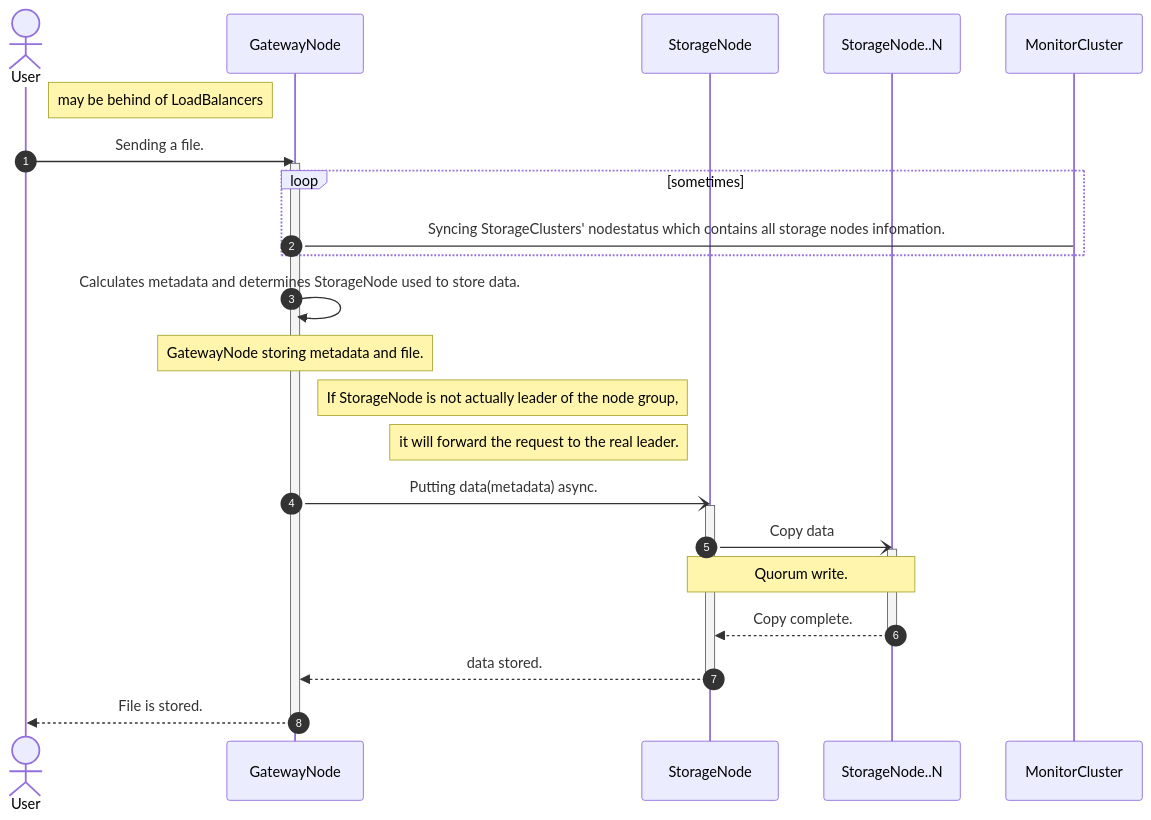
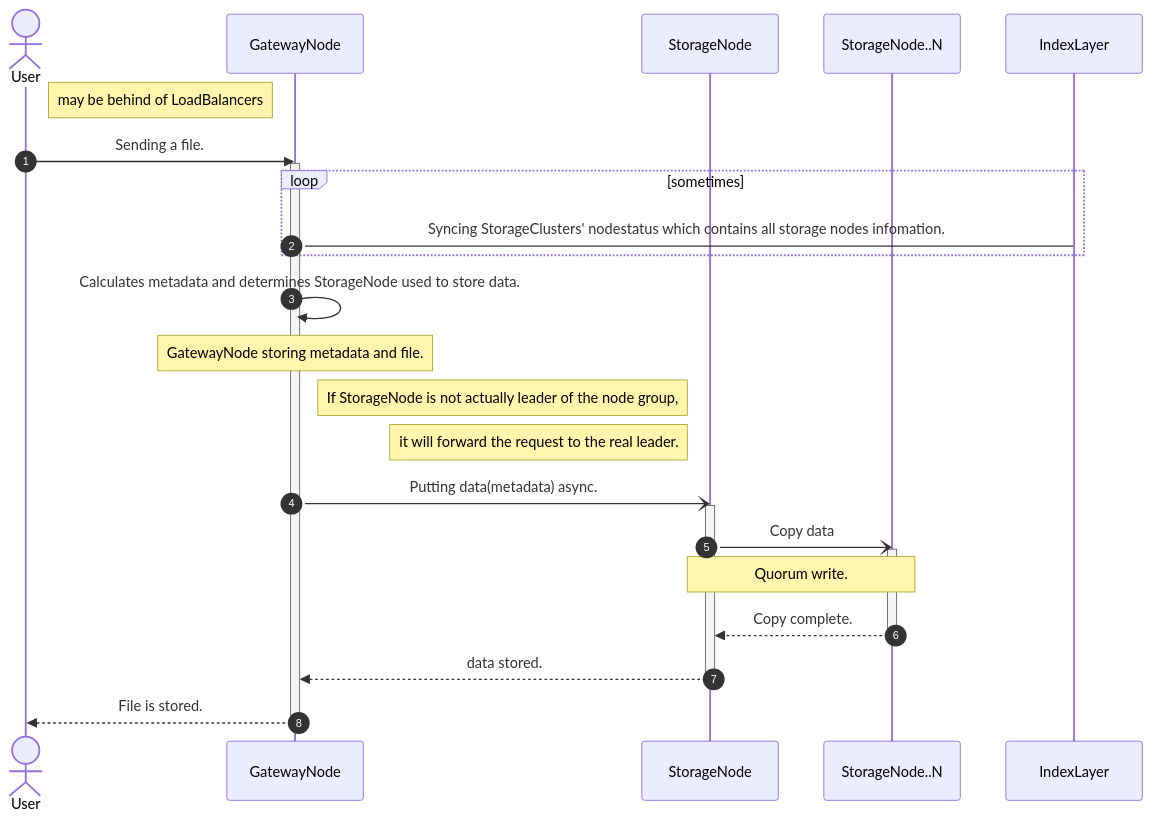
Before and after one commit to emon100/HADSS: the first of 3 diagrams in README.md, drawn with Mermaid. The commit also changed other lines of this file and 1 other file, not shown here.

````diff
--- a/README.md
+++ b/README.md
@@ -42,33 +43,33 @@
 ```mermaid
 sequenceDiagram
     autonumber
     actor User
     participant GatewayNode
     participant StorageNode
     participant StorageNode..N
     
     Note right of User: may be behind of LoadBalancers
     User->>GatewayNode: Sending a file.
     activate GatewayNode
     
     loop sometimes
-        GatewayNode->MonitorCluster: Syncing StorageClusters' nodestatus which contains all storage nodes infomation.
+        GatewayNode->IndexLayer: Syncing StorageClusters' nodestatus which contains all storage nodes infomation.
     end
     
     GatewayNode->>GatewayNode: Calculates metadata and determines StorageNode used to store data.
     
     Note over GatewayNode, GatewayNode: GatewayNode storing metadata and file.
     Note left of StorageNode: If StorageNode is not actually leader of the node group,
     Note left of StorageNode: it will forward the request to the real leader.
     GatewayNode-)StorageNode: Putting data(metadata) async.
     activate StorageNode
     StorageNode-)StorageNode..N: Copy data
     activate StorageNode..N
     Note over StorageNode, StorageNode..N: Quorum write.
     StorageNode..N-->>StorageNode: Copy complete.
     deactivate StorageNode..N
     StorageNode-->>GatewayNode: data stored.
     deactivate StorageNode
     GatewayNode-->>User: File is stored.
     deactivate GatewayNode
 ```
````
